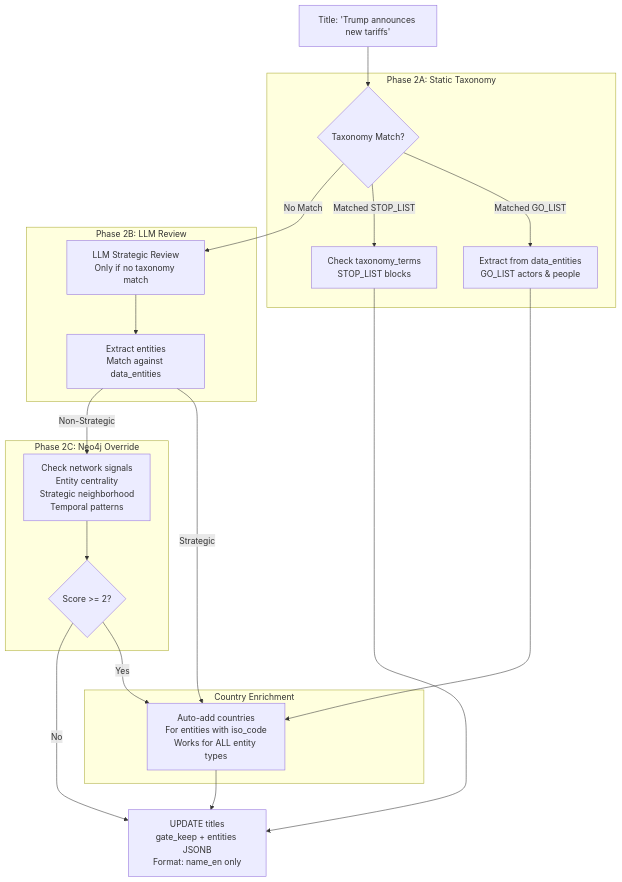
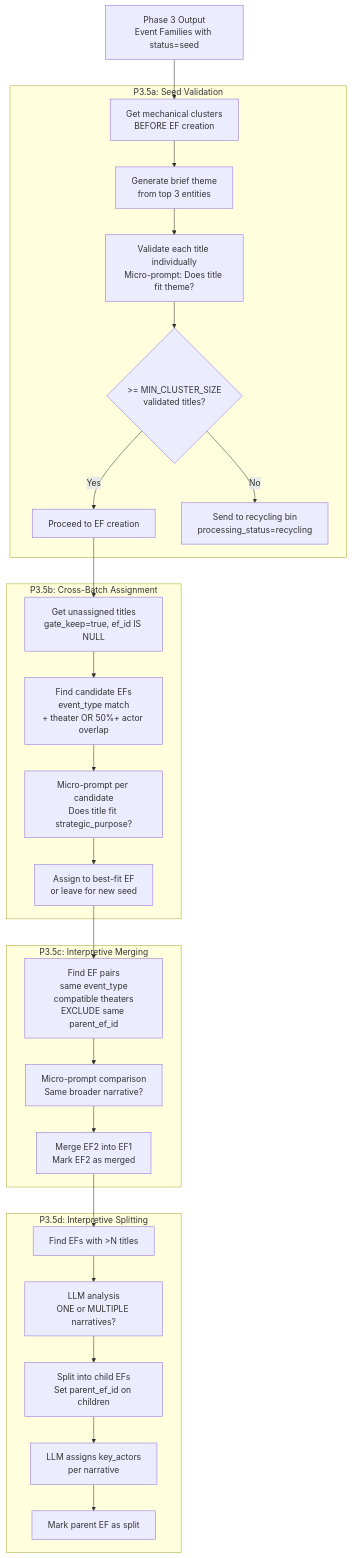
One commit to design4music/sni-platform changed the third of 5 diagrams in docs/PIPELINE_DIAGRAM.md. Above: the diagram before and after it, drawn with Mermaid. The commit also changed other lines of this file and 5 other files, not shown here.

First line of the commit message:
FEAT: Recycling bin scalability with periodic retry and decay timer

````diff
--- a/docs/PIPELINE_DIAGRAM.md
+++ b/docs/PIPELINE_DIAGRAM.md
@@ -166,37 +219,48 @@
 ```mermaid
 flowchart TD
-    TITLE[Title: 'Trump announces new tariffs']
+    P3_OUTPUT[Phase 3 Output<br/>Event Families with status=seed]
 
-    subgraph "Phase 2A: Static Taxonomy"
-        TAX_CHECK{Taxonomy Match?}
-        TAX_ACTORS[Extract from data_entities<br/>GO_LIST actors & people]
-        TAX_STOP[Check taxonomy_terms<br/>STOP_LIST blocks]
+    subgraph "P3.5a: Seed Validation"
+        P35A_GET[Get mechanical clusters<br/>BEFORE EF creation]
+        P35A_THEME[Generate brief theme<br/>from top 3 entities]
+        P35A_VAL[Validate each title individually<br/>Micro-prompt: Does title fit theme?]
+        P35A_SIZE{>= MIN_CLUSTER_SIZE<br/>validated titles?}
+        P35A_CREATE[Proceed to EF creation]
+        P35A_RECYCLE[Send to recycling bin<br/>processing_status=recycling]
     end
 
-    subgraph "Phase 2B: LLM Review"
-        LLM_CHECK[LLM Strategic Review<br/>Only if no taxonomy match]
-        LLM_EXTRACT[Extract entities<br/>Match against data_entities]
+    subgraph "P3.5b: Cross-Batch Assignment"
+        P35B_GET[Get unassigned titles<br/>gate_keep=true, ef_id IS NULL]
+        P35B_FIND[Find candidate EFs<br/>event_type match<br/>+ theater OR 50%+ actor overlap]
+        P35B_PROMPT[Micro-prompt per candidate<br/>Does title fit strategic_purpose?]
+        P35B_ASSIGN[Assign to best-fit EF<br/>or leave for new seed]
     end
 
-    subgraph "Phase 2C: Neo4j Override"
-        NEO4J_CHECK[Check network signals<br/>Entity centrality<br/>Strategic neighborhood<br/>Temporal patterns]
-        NEO4J_SCORE{Score >= 2?}
+    subgraph "P3.5c: Interpretive Merging"
+        P35C_PAIRS[Find EF pairs<br/>same event_type<br/>compatible theaters<br/>EXCLUDE same parent_ef_id]
+        P35C_PROMPT[Micro-prompt comparison<br/>Same broader narrative?]
+        P35C_MERGE[Merge EF2 into EF1<br/>Mark EF2 as merged]
     end
 
-    subgraph "Country Enrichment"
-        COUNTRY[Auto-add countries<br/>For entities with iso_code<br/>Works for ALL entity types]
+    subgraph "P3.5d: Interpretive Splitting"
+        P35D_FIND[Find EFs with >N titles]
+        P35D_PROMPT[LLM analysis<br/>ONE or MULTIPLE narratives?]
+        P35D_SPLIT[Split into child EFs<br/>Set parent_ef_id on children]
+        P35D_ACTORS[LLM assigns key_actors<br/>per narrative]
+        P35D_PARENT[Mark parent EF as split]
     end
 
-    RESULT[UPDATE titles<br/>gate_keep + entities JSONB<br/>Format: name_en only]
+    P3_OUTPUT --> P35A_GET
+    P35A_GET --> P35A_THEME --> P35A_VAL --> P35A_SIZE
+    P35A_SIZE -->|Yes| P35A_CREATE
+    P35A_SIZE -->|No| P35A_RECYCLE
 
-    TITLE --> TAX_CHECK
-    TAX_CHECK -->|Matched GO_LIST| TAX_ACTORS --> COUNTRY
-    TAX_CHECK -->|Matched STOP_LIST| TAX_STOP --> RESULT
-    TAX_CHECK -->|No Match| LLM_CHECK --> LLM_EXTRACT
-    LLM_EXTRACT -->|Strategic| COUNTRY
-    LLM_EXTRACT -->|Non-Strategic| NEO4J_CHECK
-    NEO4J_CHECK --> NEO4J_SCORE
-    NEO4J_SCORE -->|Yes| COUNTRY
-    NEO4J_SCORE -->|No| RESULT
-    COUNTRY --> RESULT
+    P35A_CREATE --> P35B_GET
+    P35B_GET --> P35B_FIND --> P35B_PROMPT --> P35B_ASSIGN
+
+    P35B_ASSIGN --> P35C_PAIRS
+    P35C_PAIRS --> P35C_PROMPT --> P35C_MERGE
+
+    P35C_MERGE --> P35D_FIND
+    P35D_FIND --> P35D_PROMPT --> P35D_SPLIT --> P35D_ACTORS --> P35D_PARENT
 ```
````
